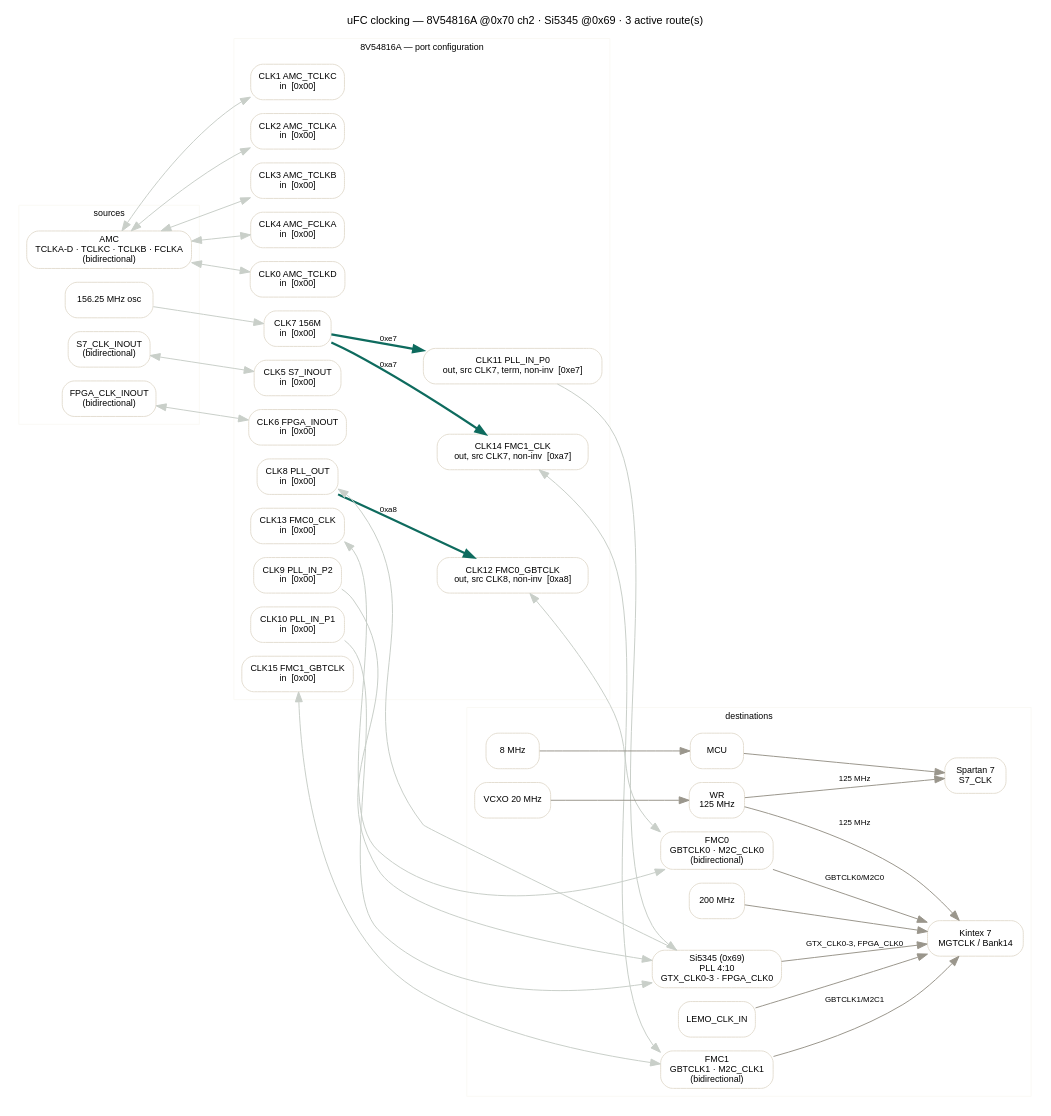
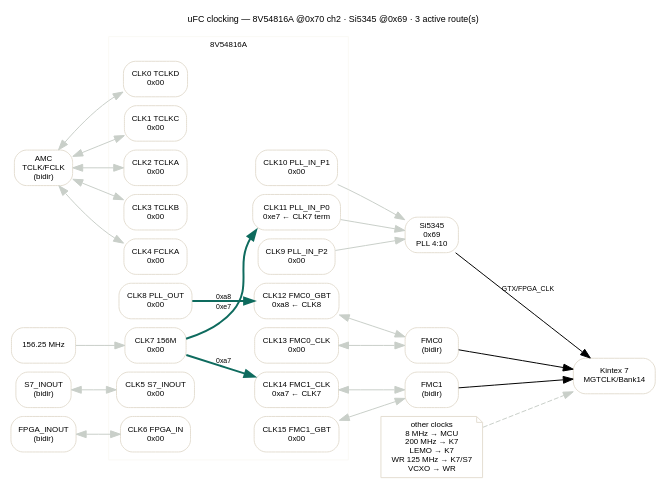
The diagram in docs/clocking.dot (palzhj/openMMC_uFC), drawn with Graphviz before and after one commit. The commit also changed 3 other files, not shown here.

First line of the commit message:
clock: compact system diagram (875x650 instead of 1394x1509)

```diff
--- a/docs/clocking.dot
+++ b/docs/clocking.dot
@@ -1,93 +1,76 @@
 digraph clocking {
   rankdir=LR;
-  graph [fontname="Helvetica", nodesep=0.2, ranksep=0.7, compound=true,         label="uFC clocking — 8V54816A @0x70 ch2 · Si5345 @0x69 · 3 active route(s)",         labelloc="t", fontsize=11];
+  graph [fontname="Helvetica", nodesep=0.12, ranksep=0.55, compound=true,         label="uFC clocking — 8V54816A @0x70 ch2 · Si5345 @0x69 · 3 active route(s)",         labelloc="t", fontsize=9];
   node [shape=box, style="rounded,filled", fillcolor="#FFFFFF",
-        color="#E4DED2", fontname="Helvetica", fontsize=9];
-  edge [color="#9A968C", fontname="Helvetica", fontsize=8];
-  subgraph cluster_src { label="sources"; fontsize=9; color="#FAF9F5";
-    AMC [label="AMC
-TCLKA-D · TCLKC · TCLKB · FCLKA
-(bidirectional)"];
-    OSC [label="156.25 MHz osc"];
-    S7IN [label="S7_CLK_INOUT
-(bidirectional)"];
-    FPGAIN [label="FPGA_CLK_INOUT
-(bidirectional)"]; }
-  subgraph cluster_mux { label="8V54816A — port configuration";
-        fontsize=9; color="#FAF9F5";
-    n0 [label="CLK0 AMC_TCLKD
-in  [0x00]"];
-    n1 [label="CLK1 AMC_TCLKC
-in  [0x00]"];
-    n2 [label="CLK2 AMC_TCLKA
-in  [0x00]"];
-    n3 [label="CLK3 AMC_TCLKB
-in  [0x00]"];
-    n4 [label="CLK4 AMC_FCLKA
-in  [0x00]"];
+        color="#E4DED2", fontname="Helvetica", fontsize=8];
+  edge [fontname="Helvetica", fontsize=7];
+  AMC [label="AMC
+TCLK/FCLK
+(bidir)"]; OSC [label="156.25 MHz"];
+  S7IN [label="S7_INOUT
+(bidir)"]; FPGAIN [label="FPGA_INOUT
+(bidir)"];
+  subgraph cluster_mux { label="8V54816A"; fontsize=8; color="#FAF9F5";
+    {rank=same; n0; n1; n2; n3; n4; n5; n6; n7; n8;}
+    {rank=same; n9; n10; n11; n12; n13; n14; n15;}
+    n0 [label="CLK0 TCLKD
+0x00"];
+    n1 [label="CLK1 TCLKC
+0x00"];
+    n2 [label="CLK2 TCLKA
+0x00"];
+    n3 [label="CLK3 TCLKB
+0x00"];
+    n4 [label="CLK4 FCLKA
+0x00"];
     n5 [label="CLK5 S7_INOUT
-in  [0x00]"];
-    n6 [label="CLK6 FPGA_INOUT
-in  [0x00]"];
+0x00"];
+    n6 [label="CLK6 FPGA_IN
+0x00"];
     n7 [label="CLK7 156M
-in  [0x00]"];
+0x00"];
     n8 [label="CLK8 PLL_OUT
-in  [0x00]"];
+0x00"];
     n9 [label="CLK9 PLL_IN_P2
-in  [0x00]"];
+0x00"];
     n10 [label="CLK10 PLL_IN_P1
-in  [0x00]"];
+0x00"];
     n11 [label="CLK11 PLL_IN_P0
-out, src CLK7, term, non-inv  [0xe7]"];
-    n12 [label="CLK12 FMC0_GBTCLK
-out, src CLK8, non-inv  [0xa8]"];
+0xe7 ← CLK7 term"];
+    n12 [label="CLK12 FMC0_GBT
+0xa8 ← CLK8"];
     n13 [label="CLK13 FMC0_CLK
-in  [0x00]"];
+0x00"];
     n14 [label="CLK14 FMC1_CLK
-out, src CLK7, non-inv  [0xa7]"];
-    n15 [label="CLK15 FMC1_GBTCLK
-in  [0x00]"];
+0xa7 ← CLK7"];
+    n15 [label="CLK15 FMC1_GBT
+0x00"];
   }
-  subgraph cluster_dst { label="destinations"; fontsize=9; color="#FAF9F5";
-    SI [label="Si5345 (0x69)
-PLL 4:10
-GTX_CLK0-3 · FPGA_CLK0"];
-    FMC0 [label="FMC0
-GBTCLK0 · M2C_CLK0
-(bidirectional)"];
-    FMC1 [label="FMC1
-GBTCLK1 · M2C_CLK1
-(bidirectional)"];
-    S7 [label="Spartan 7
-S7_CLK"]; K7 [label="Kintex 7
-MGTCLK / Bank14"];
-    WR [label="WR
-125 MHz"];
-    VCXO [label="VCXO 20 MHz"]; OSC8 [label="8 MHz"]; MCU [label="MCU"];
-    OSC200 [label="200 MHz"]; LEMO [label="LEMO_CLK_IN"]; }
-  AMC -> n0 [color="#C9CFC9", dir="both"];
-  AMC -> n1 [color="#C9CFC9", dir="both"];
-  AMC -> n2 [color="#C9CFC9", dir="both"];
-  AMC -> n3 [color="#C9CFC9", dir="both"];
-  AMC -> n4 [color="#C9CFC9", dir="both"];
-  S7IN -> n5 [color="#C9CFC9", dir="both"];
-  FPGAIN -> n6 [color="#C9CFC9", dir="both"];
+  SI [label="Si5345
+0x69
+PLL 4:10"];
+  FMC0 [label="FMC0
+(bidir)"]; FMC1 [label="FMC1
+(bidir)"];
+  K7 [label="Kintex 7
+MGTCLK/Bank14"];
+  OTH [label="other clocks
+8 MHz → MCU
+200 MHz → K7
+LEMO → K7
+WR 125 MHz → K7/S7
+VCXO → WR", shape=note];
+  AMC -> {n0 n1 n2 n3 n4} [dir=both, color="#C9CFC9"];
   OSC -> n7 [color="#C9CFC9"];
-  SI -> n8 [color="#C9CFC9"];
-  n9 -> SI [color="#C9CFC9"];
-  n10 -> SI [color="#C9CFC9"];
+  S7IN -> n5 [dir=both, color="#C9CFC9"];
+  FPGAIN -> n6 [dir=both, color="#C9CFC9"];
+  n9 -> SI [color="#C9CFC9"]; n10 -> SI [color="#C9CFC9"];
   n11 -> SI [color="#C9CFC9"];
-  n12 -> FMC0 [color="#C9CFC9", dir="both"];
-  n13 -> FMC0 [color="#C9CFC9", dir="both"];
-  n14 -> FMC1 [color="#C9CFC9", dir="both"];
-  n15 -> FMC1 [color="#C9CFC9", dir="both"];
-  SI -> K7 [label="GTX_CLK0-3, FPGA_CLK0"];
-  SI -> SI [style=invis];
-  FMC0 -> K7 [label="GBTCLK0/M2C0"];
-  FMC1 -> K7 [label="GBTCLK1/M2C1"];
-  WR -> S7 [label="125 MHz"]; WR -> K7 [label="125 MHz"];
-  VCXO -> WR; OSC8 -> MCU; MCU -> S7; OSC200 -> K7; LEMO -> K7;
-  n7 -> n11 [label="0xe7", color="#0E6B5E", penwidth=2.2];
-  n8 -> n12 [label="0xa8", color="#0E6B5E", penwidth=2.2];
-  n7 -> n14 [label="0xa7", color="#0E6B5E", penwidth=2.2];
+  n12 -> FMC0 [dir=both, color="#C9CFC9"]; n13 -> FMC0 [dir=both, color="#C9CFC9"];
+  n14 -> FMC1 [dir=both, color="#C9CFC9"]; n15 -> FMC1 [dir=both, color="#C9CFC9"];
+  SI -> K7 [label="GTX/FPGA_CLK"]; FMC0 -> K7; FMC1 -> K7;
+  OTH -> K7 [style=dashed, color="#C9CFC9"];
+  n7 -> n11 [label="0xe7", color="#0E6B5E", penwidth=2];
+  n8 -> n12 [label="0xa8", color="#0E6B5E", penwidth=2];
+  n7 -> n14 [label="0xa7", color="#0E6B5E", penwidth=2];
 }
```
